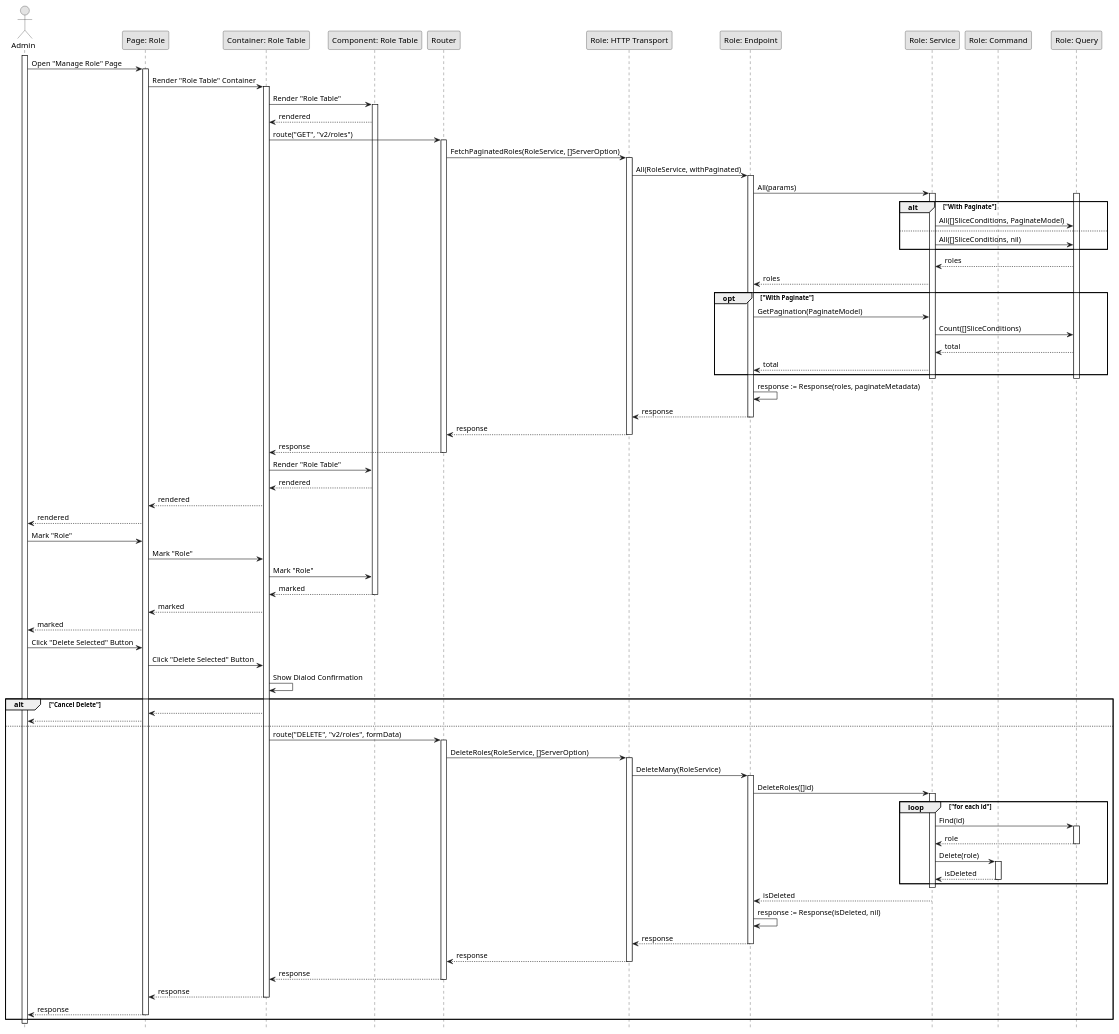
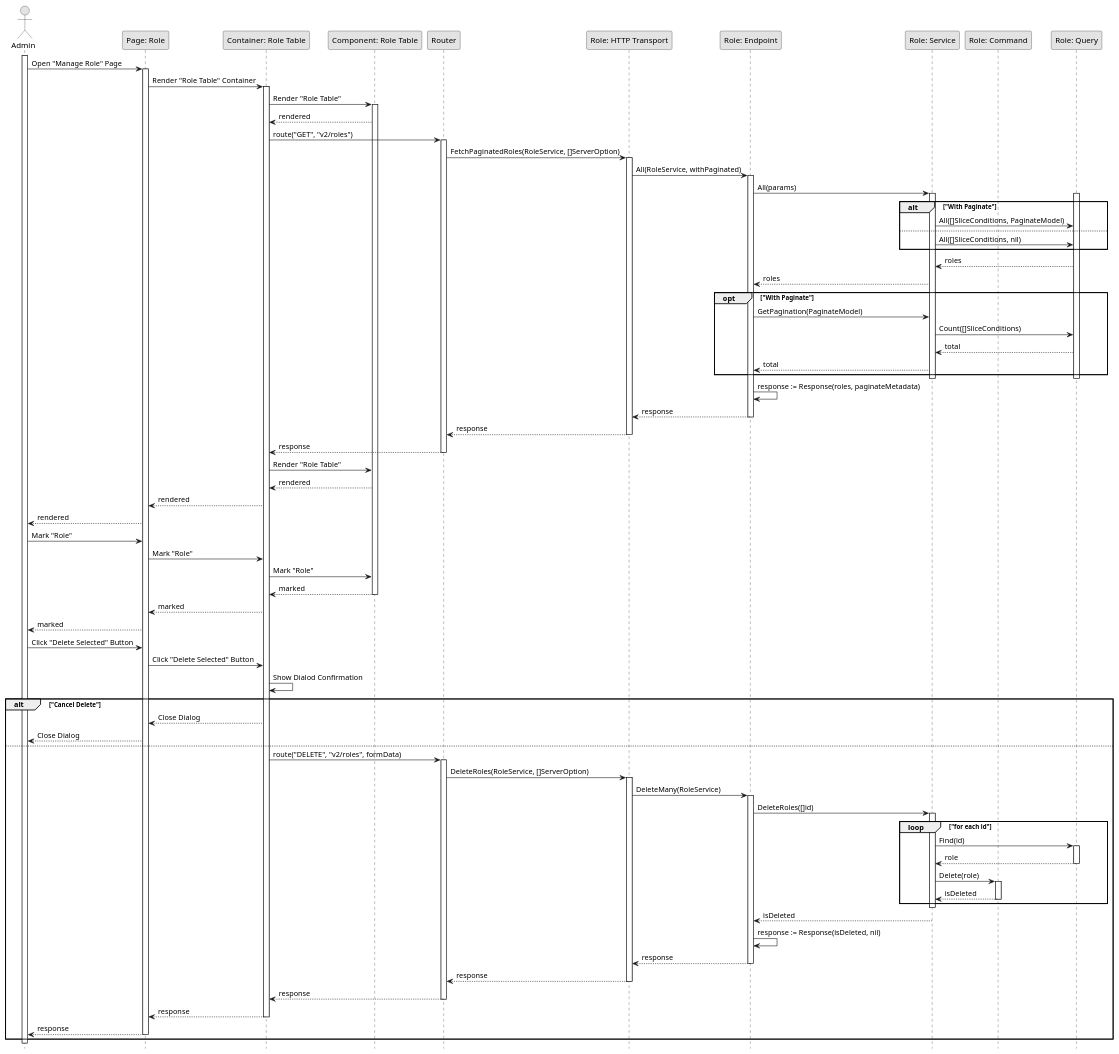
Before and after one commit to fwidjaya20/fazzlearning-uml: the diagram in Sequence/Release01/DeleteRole.wsd, drawn with PlantUML. The commit also changed 15 other files, not shown here.

Commit message:
fix(sequence): adding return wording

```diff
--- a/Sequence/Release01/DeleteRole.wsd
+++ b/Sequence/Release01/DeleteRole.wsd
@@ -1,119 +1,119 @@
 @startuml DeleteRole
 
 skinparam Monochrome true
 skinparam Shadowing false
 hide footbox
 
 actor Admin
 participant "Page: Role" as RolePage
 participant "Container: Role Table" as RoleTableContainer
 participant "Component: Role Table" as RoleTable
 participant "Router" as Router
 participant "Role: HTTP Transport" as RoleHTTPTransport
 participant "Role: Endpoint" as RoleEndpoint
 participant "Role: Service" as RoleService
 participant "Role: Command" as RoleCommand
 participant "Role: Query" as RoleQuery
 
 activate Admin
 
 Admin->RolePage: Open "Manage Role" Page
 activate RolePage
 RolePage->RoleTableContainer: Render "Role Table" Container
 activate RoleTableContainer
 RoleTableContainer->RoleTable: Render "Role Table"
 activate RoleTable
 RoleTable-->RoleTableContainer: rendered
 RoleTableContainer->Router: route("GET", "v2/roles")
 activate Router
 Router->RoleHTTPTransport: FetchPaginatedRoles(RoleService, []ServerOption)
 activate RoleHTTPTransport
 RoleHTTPTransport->RoleEndpoint: All(RoleService, withPaginated)
 activate RoleEndpoint
 RoleEndpoint->RoleService: All(params)
 
 activate RoleService
 activate RoleQuery
 alt "With Paginate"
     RoleService->RoleQuery: All([]SliceConditions, PaginateModel)
 else
     RoleService->RoleQuery: All([]SliceConditions, nil)
 end
 RoleQuery-->RoleService: roles
 RoleService-->RoleEndpoint: roles
 
 opt "With Paginate"
     RoleEndpoint->RoleService: GetPagination(PaginateModel)
     RoleService->RoleQuery: Count([]SliceConditions)
     RoleQuery-->RoleService: total
     RoleService-->RoleEndpoint: total
 end
 deactivate RoleQuery
 deactivate RoleService
 
 RoleEndpoint->RoleEndpoint: response := Response(roles, paginateMetadata)
 RoleEndpoint-->RoleHTTPTransport: response
 deactivate RoleEndpoint
 RoleHTTPTransport-->Router: response
 deactivate RoleHTTPTransport
 Router-->RoleTableContainer: response
 deactivate Router
 RoleTableContainer->RoleTable: Render "Role Table"
 RoleTable-->RoleTableContainer: rendered
 RoleTableContainer-->RolePage: rendered
 RolePage-->Admin: rendered
 
 Admin->RolePage: Mark "Role"
 RolePage->RoleTableContainer: Mark "Role"
 RoleTableContainer->RoleTable: Mark "Role"
 RoleTable-->RoleTableContainer: marked
 deactivate RoleTable
 RoleTableContainer-->RolePage: marked
 RolePage-->Admin: marked
 
 Admin->RolePage: Click "Delete Selected" Button
 RolePage->RoleTableContainer: Click "Delete Selected" Button
 RoleTableContainer->RoleTableContainer: Show Dialod Confirmation
 
 alt "Cancel Delete"
-    RoleTableContainer-->RolePage
-    RolePage-->Admin
+    RoleTableContainer-->RolePage: Close Dialog
+    RolePage-->Admin: Close Dialog
 else
     RoleTableContainer->Router: route("DELETE", "v2/roles", formData)
     activate Router
     Router->RoleHTTPTransport: DeleteRoles(RoleService, []ServerOption)
     activate RoleHTTPTransport
     RoleHTTPTransport->RoleEndpoint: DeleteMany(RoleService)
     activate RoleEndpoint
     RoleEndpoint->RoleService: DeleteRoles([]id)
 
     activate RoleService
     loop "for each id"
         RoleService->RoleQuery: Find(id)
         activate RoleQuery
         RoleQuery-->RoleService: role
         deactivate RoleQuery
 
         RoleService->RoleCommand: Delete(role)
         activate RoleCommand
         RoleCommand-->RoleService: isDeleted
         deactivate RoleCommand
     end
     deactivate RoleService
     RoleService-->RoleEndpoint: isDeleted
     RoleEndpoint->RoleEndpoint: response := Response(isDeleted, nil)
     RoleEndpoint-->RoleHTTPTransport: response
     deactivate RoleEndpoint
     RoleHTTPTransport-->Router: response
     deactivate RoleHTTPTransport
     Router-->RoleTableContainer: response
     deactivate Router
     RoleTableContainer-->RolePage: response
     deactivate RoleTableContainer
     RolePage-->Admin: response
     deactivate RolePage
 end
 
 deactivate Admin
 
 @enduml
```
